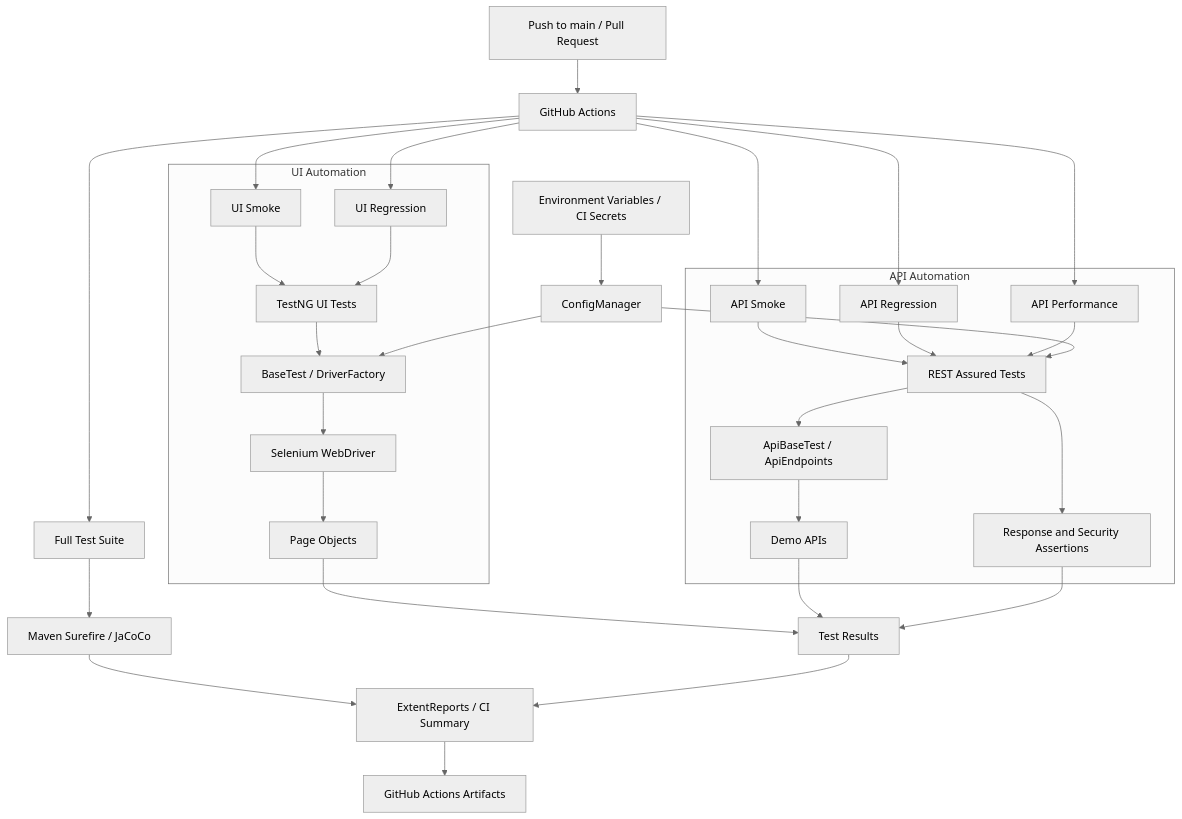
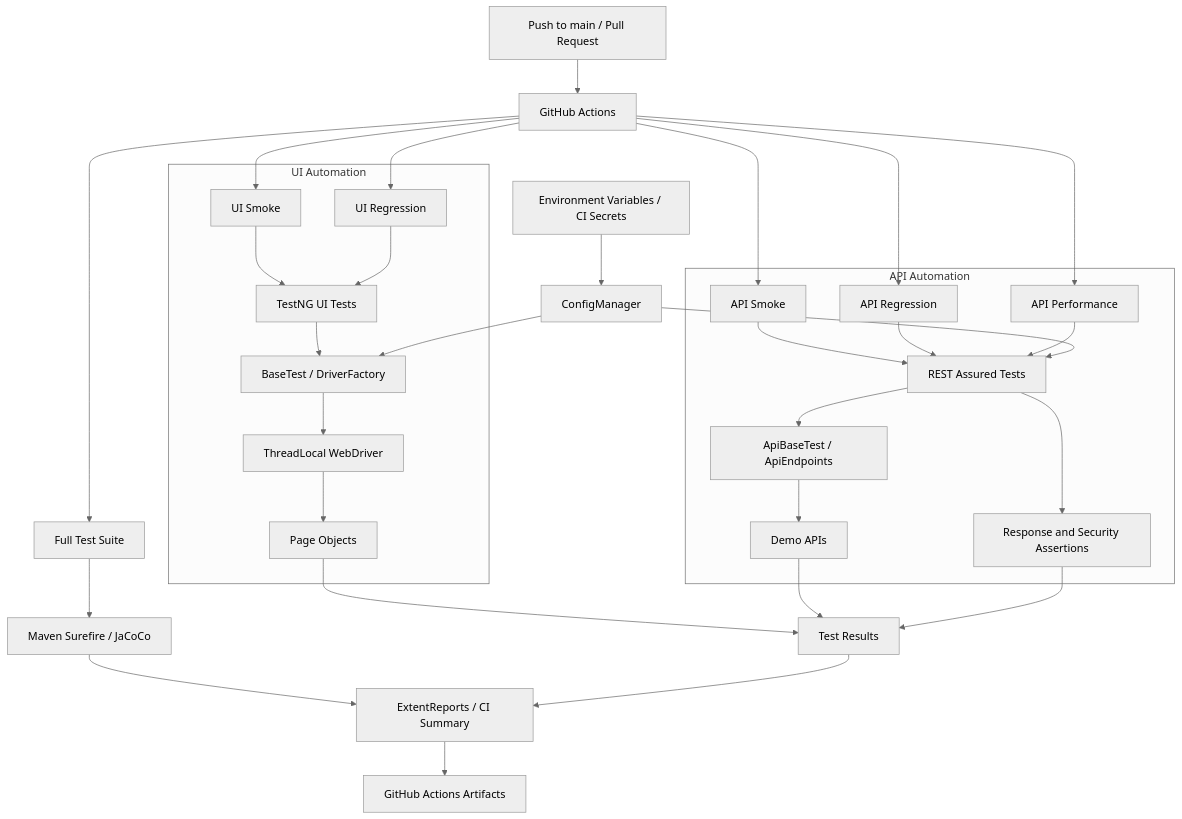
One commit to Hunny-boxer/testforge-automation changed the diagram in README.md. Above: the diagram before and after it, drawn with Mermaid (neutral theme). The commit also changed other lines of this file, not shown here.

````diff
--- a/README.md
+++ b/README.md
@@ -61,40 +66,40 @@
 ```mermaid
 flowchart TD
     A["Push to main / Pull Request"] --> B["GitHub Actions"]
 
     B --> C["Full Test Suite"]
     B --> D["UI Smoke"]
     B --> E["UI Regression"]
     B --> F["API Smoke"]
     B --> G["API Regression"]
     B --> H["API Performance"]
 
     subgraph UI["UI Automation"]
         D --> I["TestNG UI Tests"]
         E --> I
         I --> J["BaseTest / DriverFactory"]
-        J --> K["Selenium WebDriver"]
+        J --> K["ThreadLocal WebDriver"]
         K --> L["Page Objects"]
     end
 
     subgraph API["API Automation"]
         F --> M["REST Assured Tests"]
         G --> M
         H --> M
         M --> N["ApiBaseTest / ApiEndpoints"]
         N --> O["Demo APIs"]
         M --> P["Response and Security Assertions"]
     end
 
     Q["ConfigManager"] --> J
     Q --> M
     R["Environment Variables / CI Secrets"] --> Q
 
     C --> S["Maven Surefire / JaCoCo"]
     L --> T["Test Results"]
     O --> T
     P --> T
     S --> U["ExtentReports / CI Summary"]
     T --> U
     U --> V["GitHub Actions Artifacts"]
 ```
````
